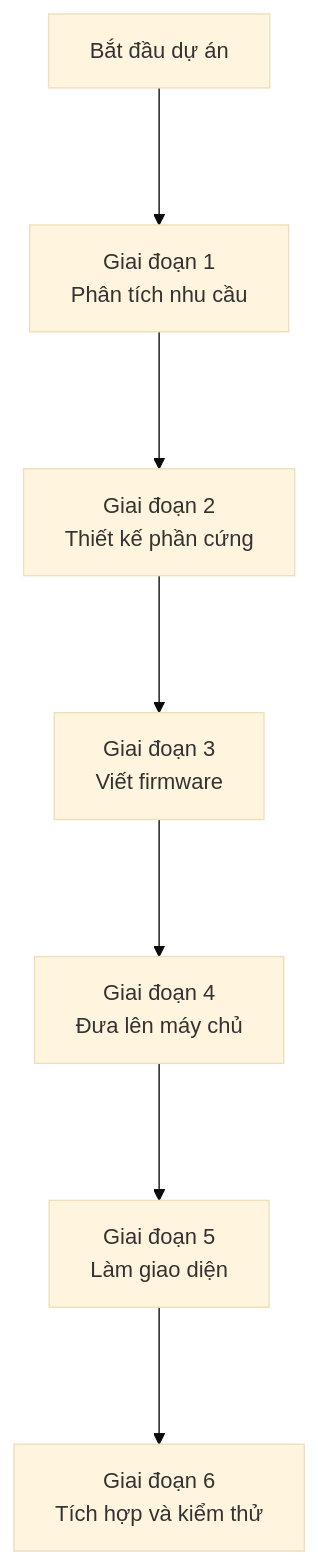
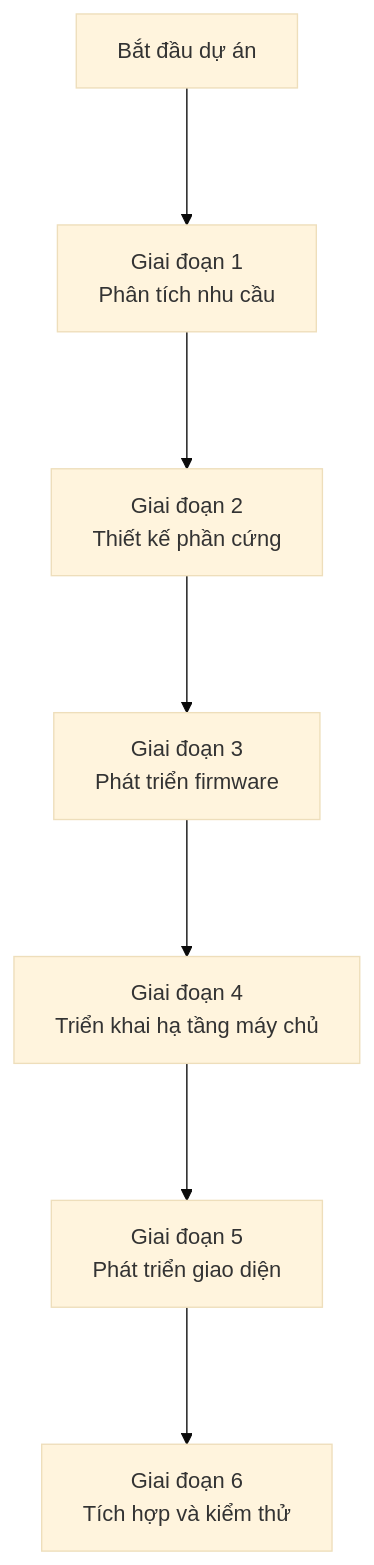
The diagram in resources/reports/thesis/final/assets/uml/01-chuong-1-gioi-thieu-hinh-1-2.mmd (anmh1205/IoT_Vehicle_Tracking_System), drawn with Mermaid (base theme) before and after one commit. The commit also changed 219 other files, not shown here.

```diff
--- a/resources/reports/thesis/final/assets/uml/01-chuong-1-gioi-thieu-hinh-1-2.mmd
+++ b/resources/reports/thesis/final/assets/uml/01-chuong-1-gioi-thieu-hinh-1-2.mmd
@@ -1,14 +1,14 @@
 %%{init: {'flowchart': {'nodeSpacing': 80, 'rankSpacing': 100}} }%%
 flowchart TB
     S["Bắt đầu dự án"] --> P1["Giai đoạn 1
 Phân tích nhu cầu"]
     P1 --> P2["Giai đoạn 2
 Thiết kế phần cứng"]
     P2 --> P3["Giai đoạn 3
-Viết firmware"]
+Phát triển firmware"]
     P3 --> P4["Giai đoạn 4
-Đưa lên máy chủ"]
+Triển khai hạ tầng máy chủ"]
     P4 --> P5["Giai đoạn 5
-Làm giao diện"]
+Phát triển giao diện"]
     P5 --> P6["Giai đoạn 6
 Tích hợp và kiểm thử"]
```
